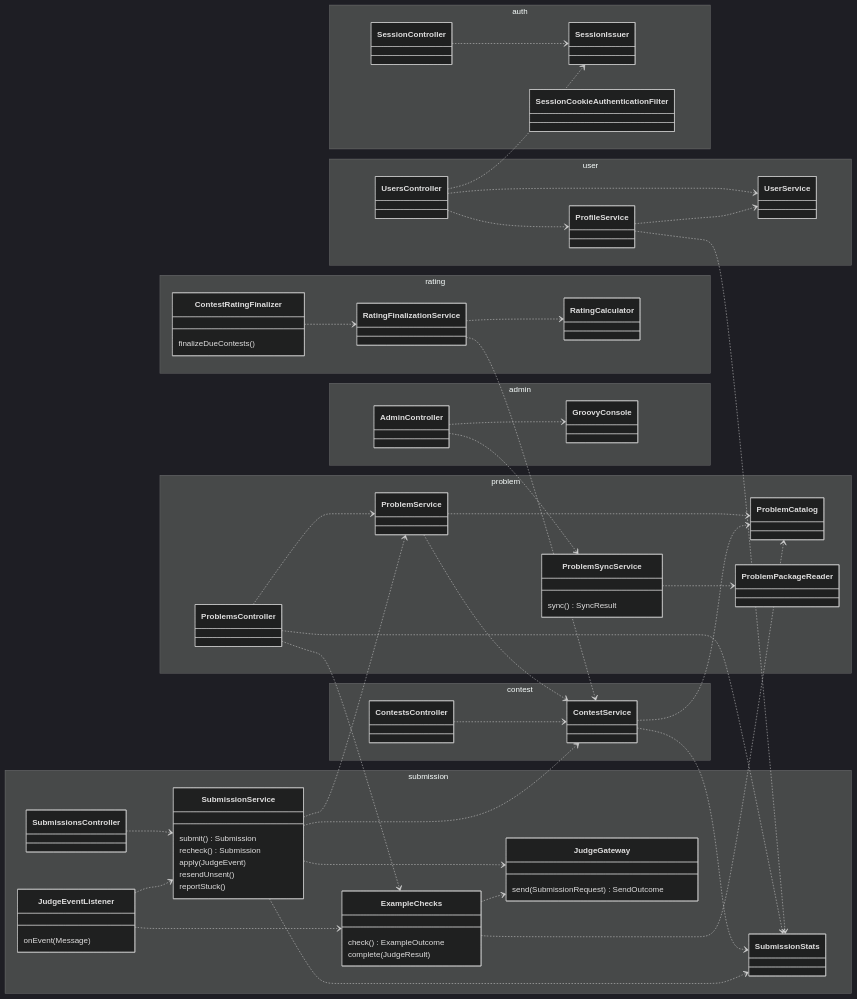
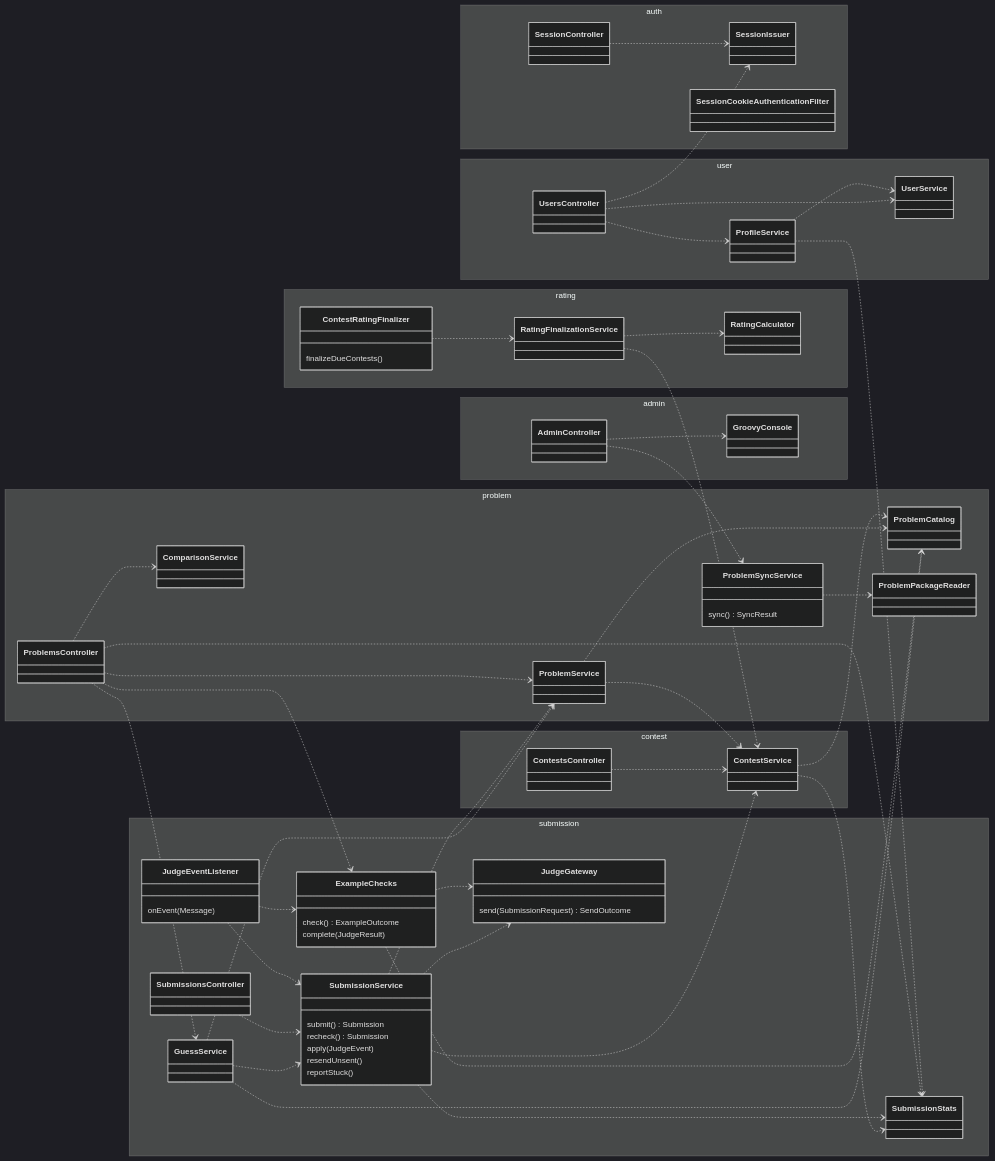
Before and after one commit to lottery7/GpuCodeforces: the sixth of 7 diagrams in docs/architecture.md, drawn with Mermaid (dark theme). The commit also changed other lines of this file and 58 other files, not shown here.

```diff
--- a/docs/architecture.md
+++ b/docs/architecture.md
@@ -203,6 +231,7 @@
     class ProblemsController
     class ProblemService
     class ProblemCatalog
+    class ComparisonService
     class ProblemSyncService {
       sync() SyncResult
     }
@@ -213,6 +242,7 @@
     class ContestService
   }
   namespace submission {
+    class GuessService
     class SubmissionsController
     class SubmissionService {
       submit() Submission
@@ -253,6 +283,11 @@
   ProblemsController ..> ProblemService
   ProblemsController ..> SubmissionStats
   ProblemsController ..> ExampleChecks
+  ProblemsController ..> GuessService
+  ProblemsController ..> ComparisonService
+  GuessService ..> ProblemService
+  GuessService ..> ProblemCatalog
+  GuessService ..> SubmissionService
   ProblemService ..> ProblemCatalog
   ProblemService ..> ContestService
   ProblemSyncService ..> ProblemPackageReader
```
